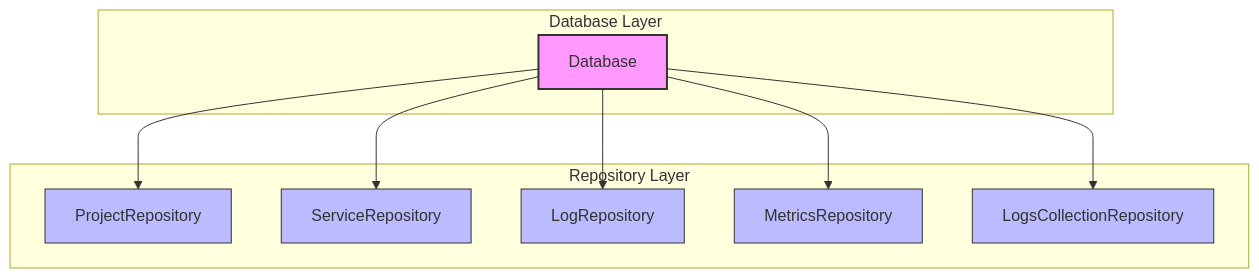
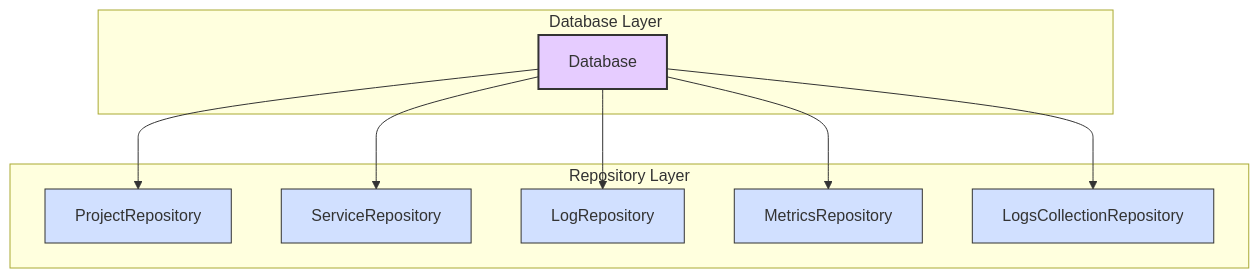
Before and after one commit to siriknikita/poly-micro-backend: the first of 3 diagrams in docs/architecture.md, drawn with Mermaid. The commit also changed other lines of this file, not shown here.

Commit message:
docs: Update architecture docs

````diff
--- a/docs/architecture.md
+++ b/docs/architecture.md
@@ -182,26 +215,26 @@
 ```mermaid
 graph TD
     DB[Database] --> PR[ProjectRepository]
     DB --> SR[ServiceRepository]
     DB --> LR[LogRepository]
     DB --> MR[MetricsRepository]
     DB --> LCR[LogsCollectionRepository]
     
     subgraph Database Layer
         DB
     end
     
     subgraph Repository Layer
         PR
         SR
         LR
         MR
         LCR
     end
     
-    classDef database fill:#f9f,stroke:#333,stroke-width:2px
-    classDef repository fill:#bbf,stroke:#333,stroke-width:1px
+    classDef database fill:#e6ccff,stroke:#333,stroke-width:2px
+    classDef repository fill:#d1e0ff,stroke:#333,stroke-width:1px
     
     class DB database
     class PR,SR,LR,MR,LCR repository
 ```
````
